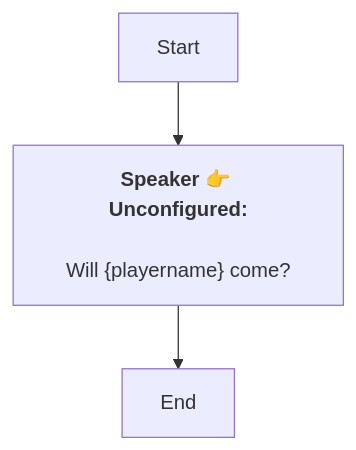
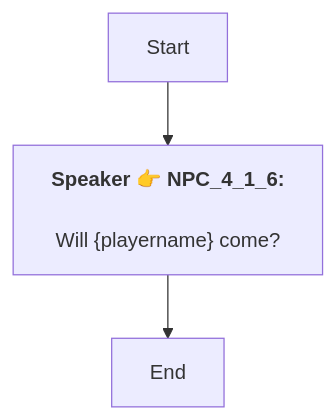
The diagram in En/Dialog_54730038098114.md (SoftHu/tos_avg), drawn with Mermaid before and after one commit. The commit also changed 737 other files, not shown here.

````diff
--- a/En/Dialog_54730038098114.md
+++ b/En/Dialog_54730038098114.md
@@ -1,8 +1,7 @@
 ```mermaid
 graph
-Start -->1751363297787173[<b>Speaker 👉 Unconfigured:</b>
-
-Will &lbrace;playername&rbrace; come?]
+Start -->1751363297787173[<b>Speaker 👉 NPC_4_1_6:</b>
+\nWill &lbrace;playername&rbrace; come?]
 1751363297787173 -->1751363310852391[End]
 
- ```
+```
````
